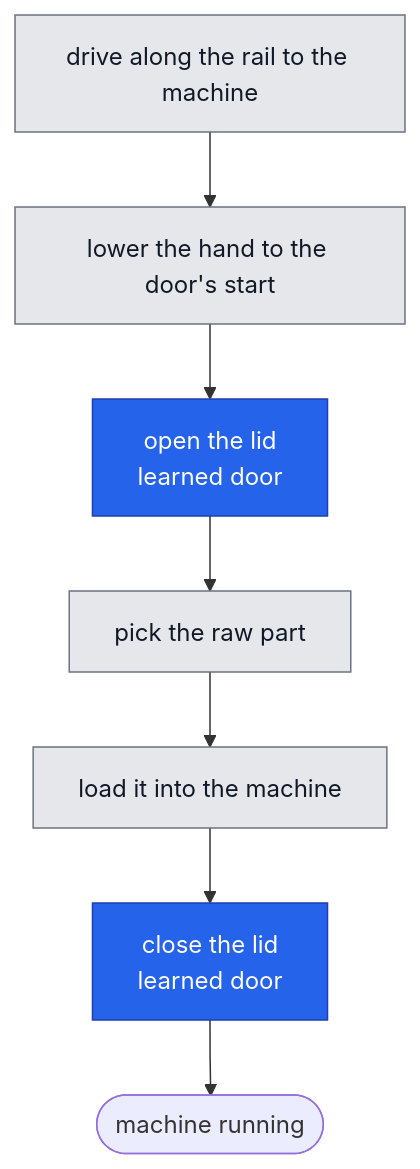
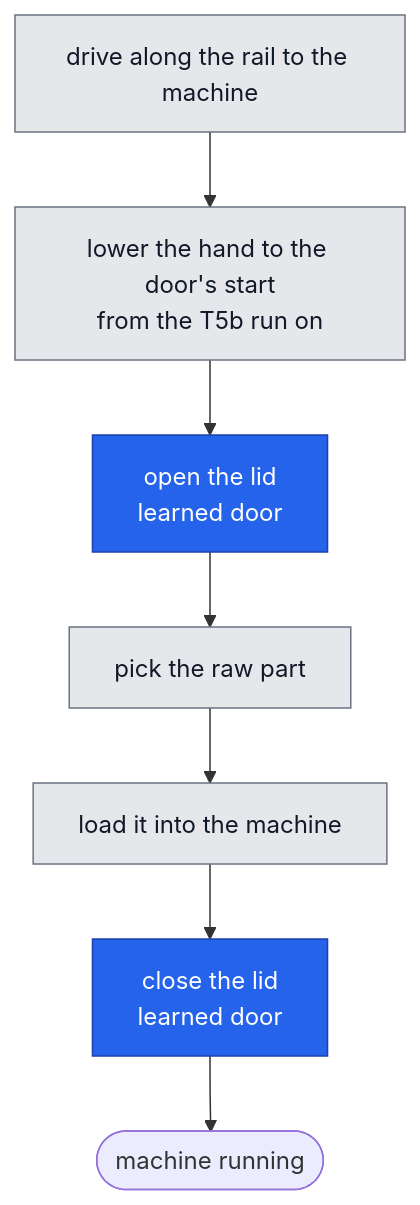
The fourth of 5 diagrams in README.md (Abdullah-Muz/polypanda), drawn with Mermaid before and after one commit. The commit also changed other lines of this file and 1 other file, not shown here.

````diff
--- a/README.md
+++ b/README.md
@@ -211,13 +216,13 @@
 ```mermaid
 flowchart TD
-    R[drive along the rail to the machine] --> H[lower the hand to the door's start]
+    R[drive along the rail to the machine] --> H[lower the hand to the door's start<br/>from the T5b run on]
     H --> O[open the lid<br/>learned door]
     O --> PK[pick the raw part]
     PK --> LD[load it into the machine]
     LD --> C[close the lid<br/>learned door]
     C --> M([machine running])
     classDef learned fill:#2563eb,stroke:#1e40af,color:#ffffff
     classDef scripted fill:#e5e7eb,stroke:#6b7280,color:#111827
     class O,C learned
     class R,H,PK,LD scripted
 ```
````
